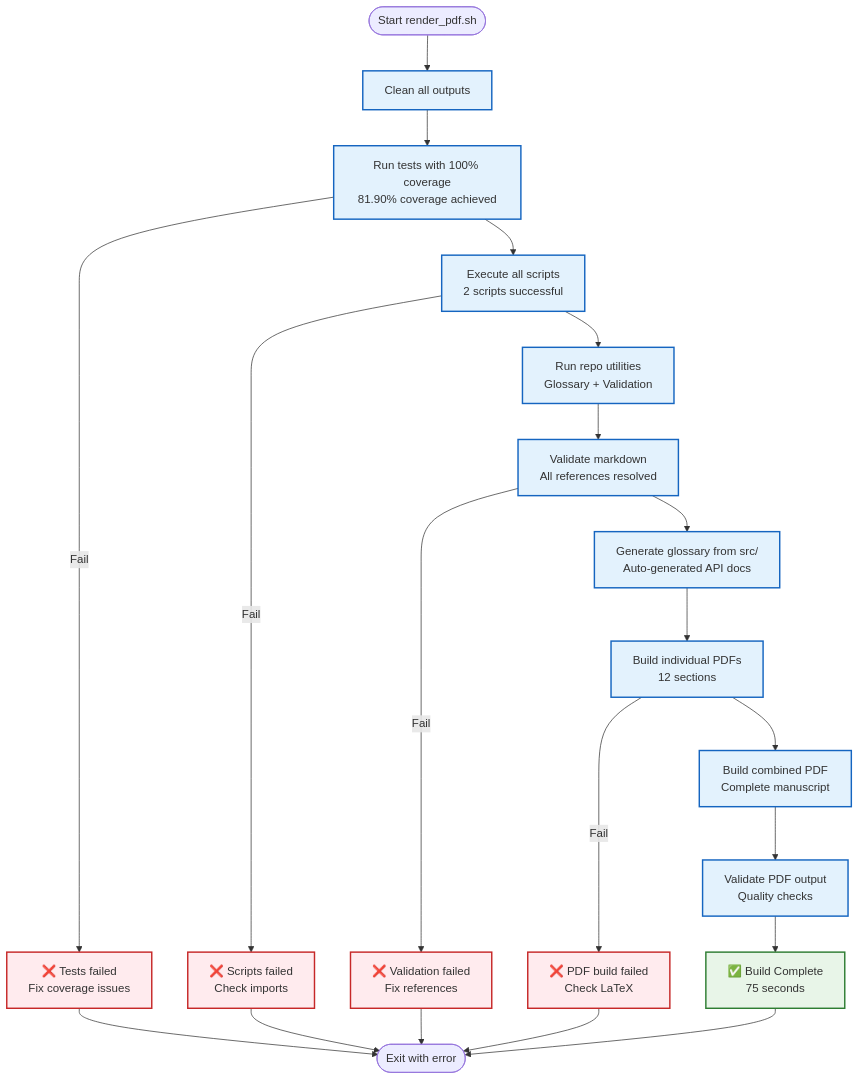
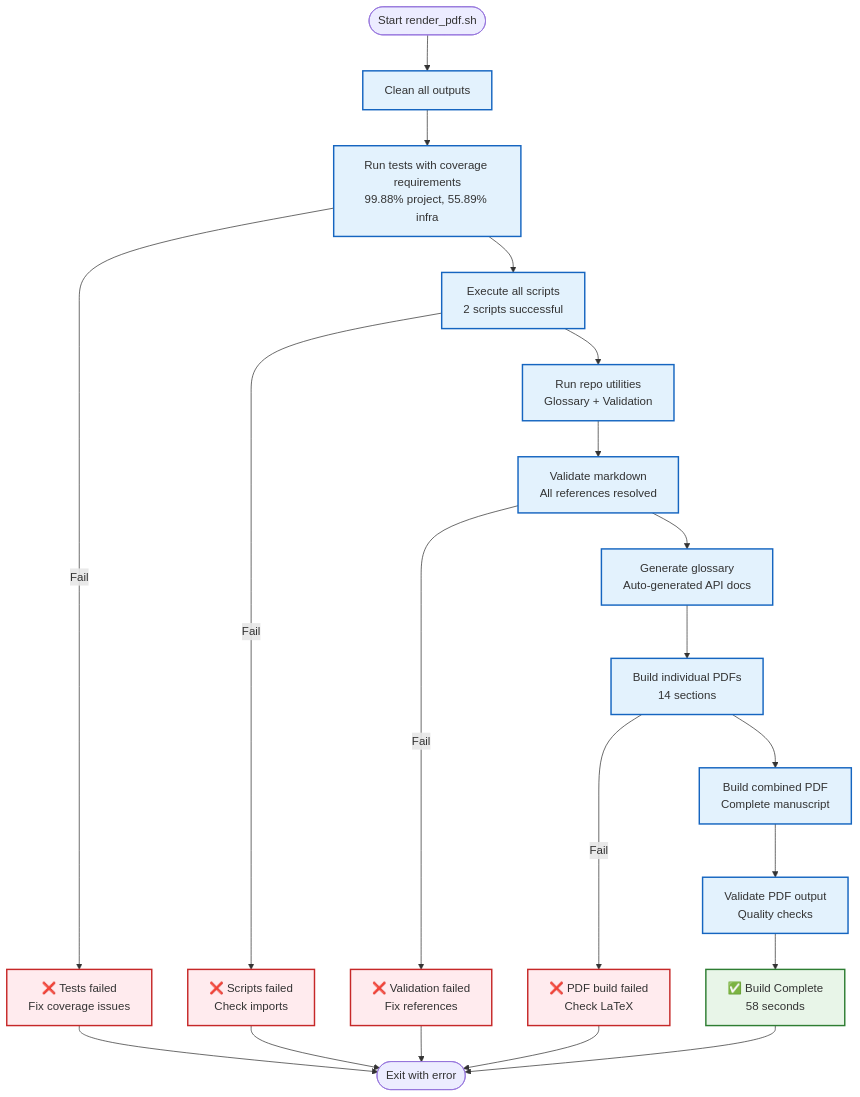
The sixth of 6 diagrams in README.md (docxology/template), drawn with Mermaid before and after one commit. The commit also changed other lines of this file and 132 other files, not shown here.

````diff
--- a/README.md
+++ b/README.md
@@ -638,33 +639,33 @@
 ```mermaid
 flowchart TD
     START([Start render_pdf.sh]) --> CLEAN[Clean all outputs]
-    CLEAN --> TESTS[Run tests with 100% coverage<br/>81.90% coverage achieved]
+    CLEAN --> TESTS[Run tests with coverage requirements<br/>99.88% project, 55.89% infra]
     TESTS --> SCRIPTS[Execute all scripts<br/>2 scripts successful]
     SCRIPTS --> UTILS[Run repo utilities<br/>Glossary + Validation]
     UTILS --> VALIDATE[Validate markdown<br/>All references resolved]
-    VALIDATE --> GLOSSARY[Generate glossary from src/<br/>Auto-generated API docs]
-    GLOSSARY --> BUILD_IND[Build individual PDFs<br/>12 sections]
+    VALIDATE --> GLOSSARY[Generate glossary<br/>Auto-generated API docs]
+    GLOSSARY --> BUILD_IND[Build individual PDFs<br/>14 sections]
     BUILD_IND --> BUILD_COMB[Build combined PDF<br/>Complete manuscript]
     BUILD_COMB --> VALIDATE_PDF[Validate PDF output<br/>Quality checks]
-    VALIDATE_PDF --> SUCCESS[✅ Build Complete<br/>75 seconds]
+    VALIDATE_PDF --> SUCCESS[✅ Build Complete<br/>58 seconds]
     
     TESTS -->|Fail| FAIL1[❌ Tests failed<br/>Fix coverage issues]
     SCRIPTS -->|Fail| FAIL2[❌ Scripts failed<br/>Check imports]
     VALIDATE -->|Fail| FAIL3[❌ Validation failed<br/>Fix references]
     BUILD_IND -->|Fail| FAIL4[❌ PDF build failed<br/>Check LaTeX]
     
     FAIL1 --> END([Exit with error])
     FAIL2 --> END
     FAIL3 --> END
     FAIL4 --> END
     
     SUCCESS --> END
     
     classDef success fill:#e8f5e8,stroke:#2e7d32,stroke-width:2px
     classDef failure fill:#ffebee,stroke:#c62828,stroke-width:2px
     classDef process fill:#e3f2fd,stroke:#1565c0,stroke-width:2px
     
     class SUCCESS success
     class FAIL1,FAIL2,FAIL3,FAIL4 failure
     class CLEAN,TESTS,SCRIPTS,UTILS,VALIDATE,GLOSSARY,BUILD_IND,BUILD_COMB,VALIDATE_PDF process
 ```
````
